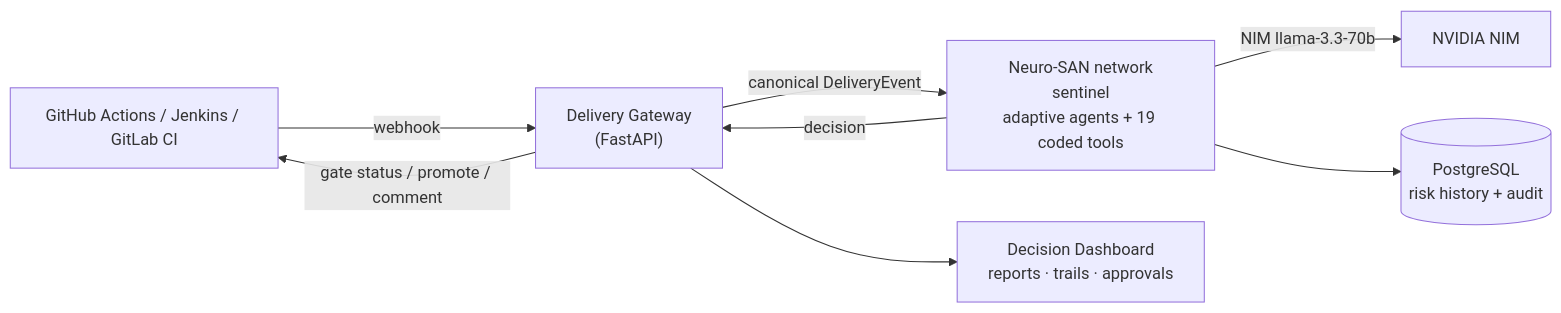
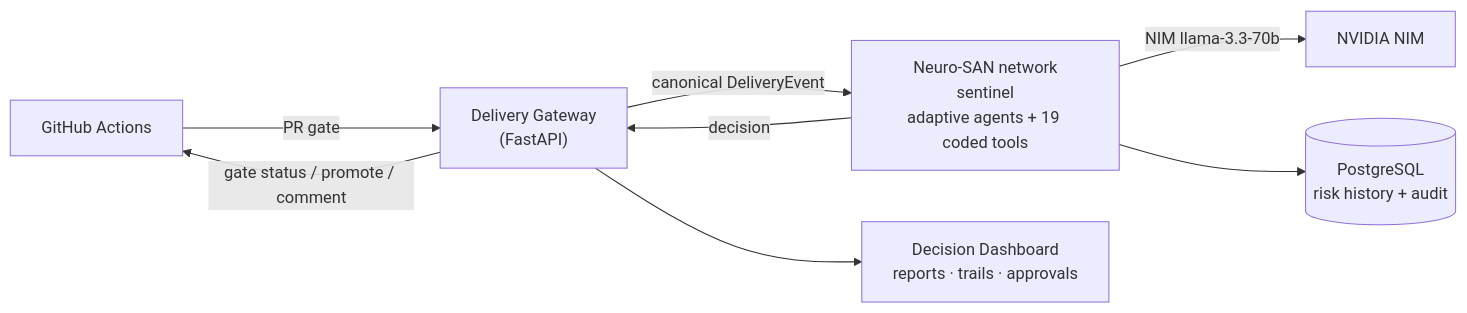
The diagram in README.md (anandharshit712/Sentinel), drawn with Mermaid before and after one commit. The commit also changed other lines of this file and 3 other files, not shown here.

````diff
--- a/README.md
+++ b/README.md
@@ -58,10 +75,10 @@
 ```mermaid
 flowchart LR
-    CI["GitHub Actions / Jenkins / GitLab CI"] -->|webhook| GW["Delivery Gateway<br/>(FastAPI)"]
+    CI["GitHub Actions"] -->|PR gate| GW["Delivery Gateway<br/>(FastAPI)"]
     GW -->|"canonical DeliveryEvent"| NS["Neuro-SAN network<br/>sentinel<br/>adaptive agents + 19 coded tools"]
     NS -->|"NIM llama-3.3-70b"| NIM["NVIDIA NIM"]
     NS --> PG[("PostgreSQL<br/>risk history + audit")]
     GW --> DB["Decision Dashboard<br/>reports · trails · approvals"]
     NS -->|"decision"| GW
     GW -->|"gate status / promote / comment"| CI
 ```
````
